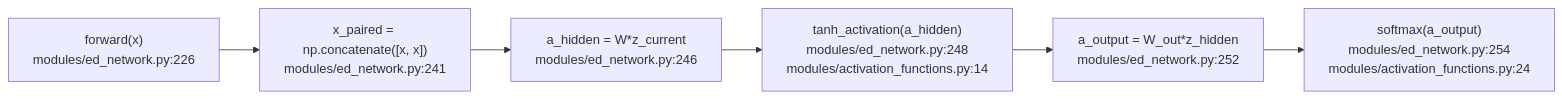
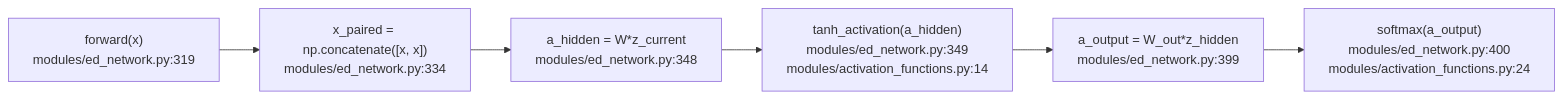
Before and after one commit to yoiwa0714/columnar_ed_ann: the second of 6 diagrams in docs/ja/ed_learning_mechanism_anchors.md, drawn with Mermaid. The commit also changed other lines of this file and 7 other files, not shown here.

````diff
--- a/docs/ja/ed_learning_mechanism_anchors.md
+++ b/docs/ja/ed_learning_mechanism_anchors.md
@@ -56,8 +54,8 @@
 ```mermaid
 flowchart LR
-    A["forward(x)<br/>modules/ed_network.py:226"] --> B["x_paired = np.concatenate([x, x])<br/>modules/ed_network.py:241"]
-    B --> C["a_hidden = W*z_current<br/>modules/ed_network.py:246"]
-    C --> D["tanh_activation(a_hidden)<br/>modules/ed_network.py:248<br/>modules/activation_functions.py:14"]
-    D --> E["a_output = W_out*z_hidden<br/>modules/ed_network.py:252"]
-    E --> F["softmax(a_output)<br/>modules/ed_network.py:254<br/>modules/activation_functions.py:24"]
+    A["forward(x)<br/>modules/ed_network.py:319"] --> B["x_paired = np.concatenate([x, x])<br/>modules/ed_network.py:334"]
+    B --> C["a_hidden = W*z_current<br/>modules/ed_network.py:348"]
+    C --> D["tanh_activation(a_hidden)<br/>modules/ed_network.py:349<br/>modules/activation_functions.py:14"]
+    D --> E["a_output = W_out*z_hidden<br/>modules/ed_network.py:399"]
+    E --> F["softmax(a_output)<br/>modules/ed_network.py:400<br/>modules/activation_functions.py:24"]
 ```
````
